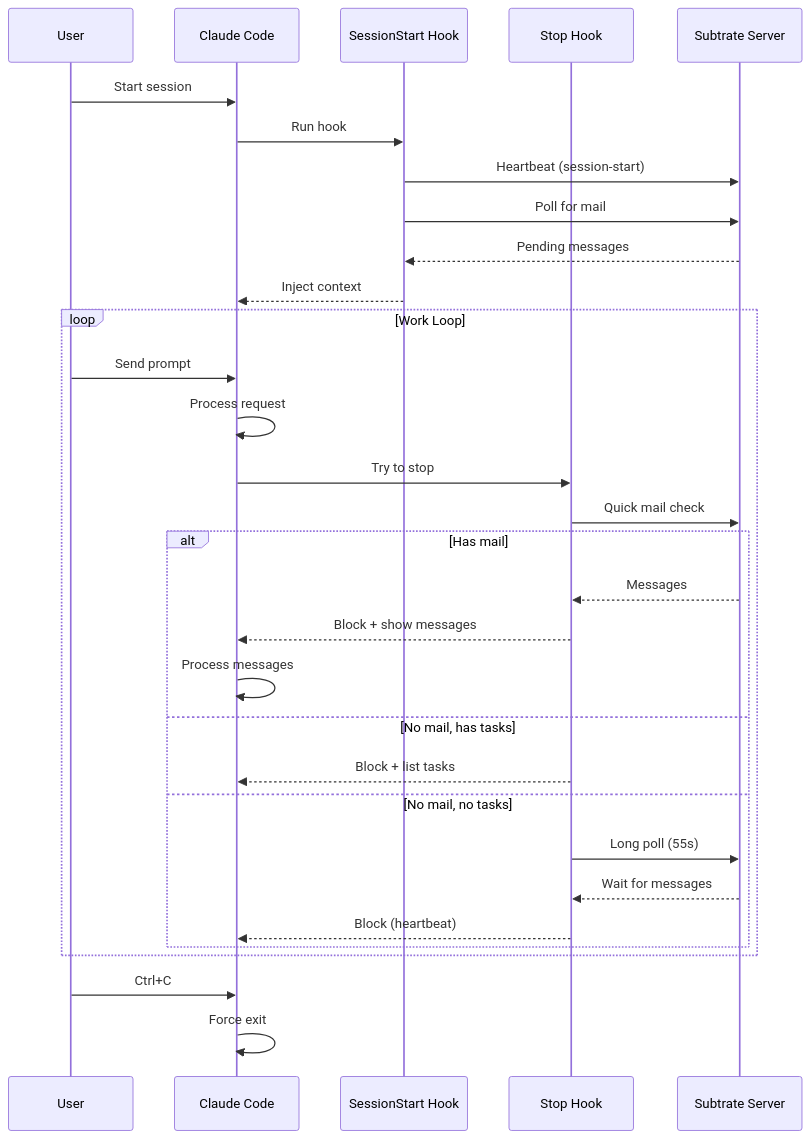
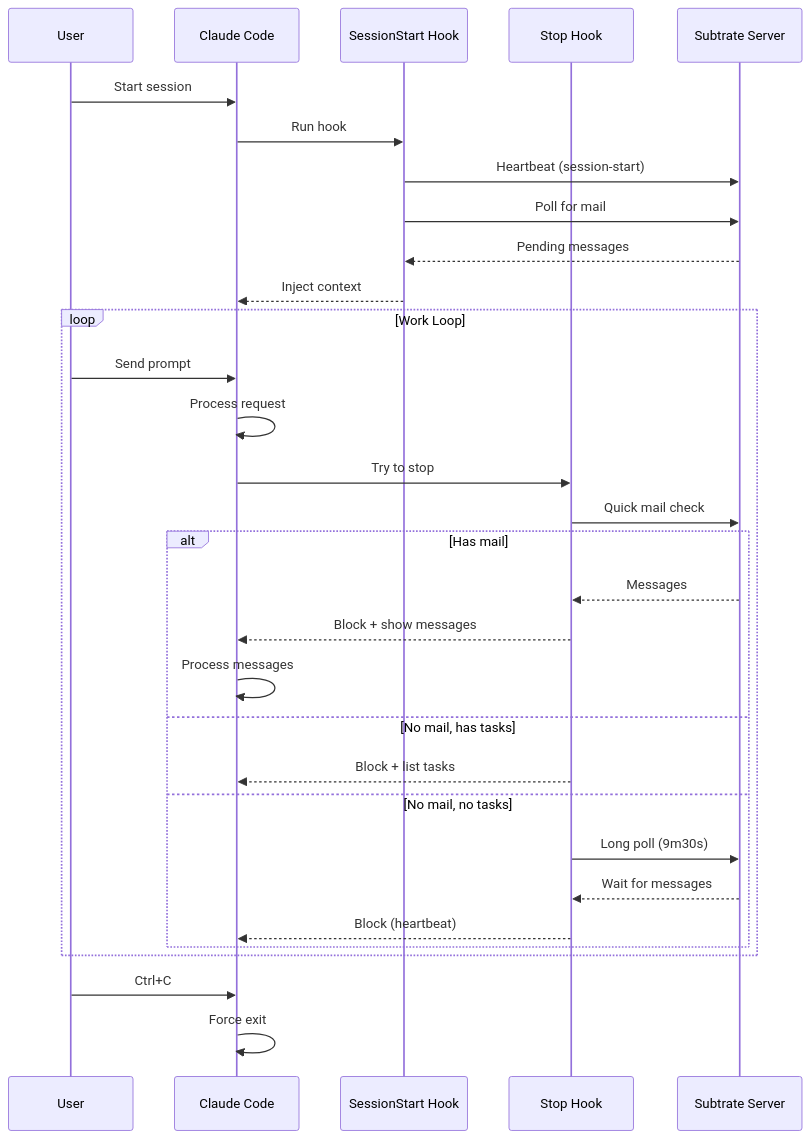
The fifth of 6 diagrams in docs/HOOKS.md (Roasbeef/substrate), drawn with Mermaid before and after one commit. The commit also changed other lines of this file and 3 other files, not shown here.

First line of the commit message:
hooks: increase stop hook long poll from 55s to 9m30s

````diff
--- a/docs/HOOKS.md
+++ b/docs/HOOKS.md
@@ -251,36 +251,36 @@
 ```mermaid
 sequenceDiagram
     participant U as User
     participant CC as Claude Code
     participant SH as SessionStart Hook
     participant AH as Stop Hook
     participant S as Subtrate Server
 
     U->>CC: Start session
     CC->>SH: Run hook
     SH->>S: Heartbeat (session-start)
     SH->>S: Poll for mail
     S-->>SH: Pending messages
     SH-->>CC: Inject context
 
     loop Work Loop
         U->>CC: Send prompt
         CC->>CC: Process request
         CC->>AH: Try to stop
         AH->>S: Quick mail check
         alt Has mail
             S-->>AH: Messages
             AH-->>CC: Block + show messages
             CC->>CC: Process messages
         else No mail, has tasks
             AH-->>CC: Block + list tasks
         else No mail, no tasks
-            AH->>S: Long poll (55s)
+            AH->>S: Long poll (9m30s)
             S-->>AH: Wait for messages
             AH-->>CC: Block (heartbeat)
         end
     end
 
     U->>CC: Ctrl+C
     CC->>CC: Force exit
 ```
````
